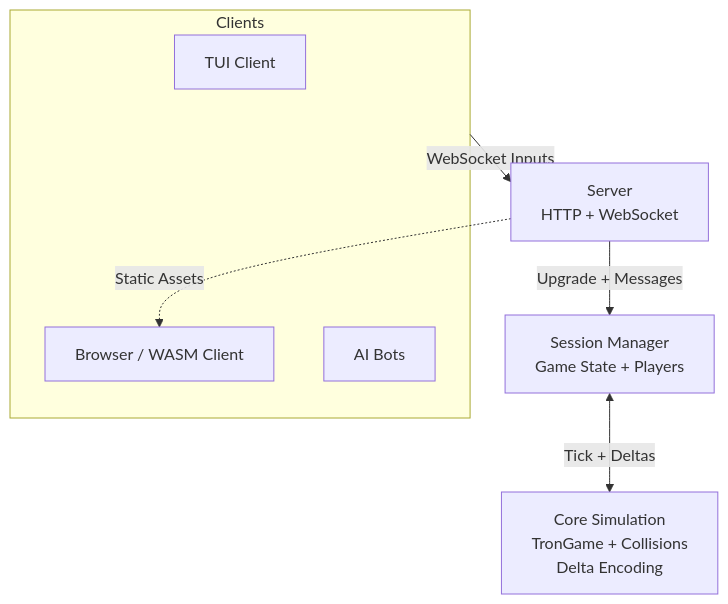
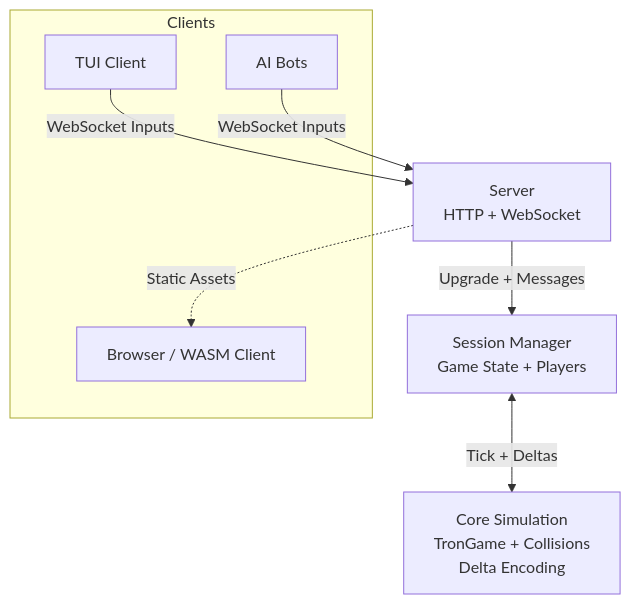
Before and after one commit to ree-see/snake: the diagram in README.md, drawn with Mermaid. The commit also changed other lines of this file, not shown here.

````diff
--- a/README.md
+++ b/README.md
@@ -46,17 +38,18 @@
 ```mermaid
 flowchart TD
     subgraph Clients
         TUI[TUI Client]
         Browser[Browser / WASM Client]
         Bot[AI Bots]
     end
 
-    Server[Server\nHTTP + WebSocket]
-    Session[Session Manager\nGame State + Players]
-    Core[Core Simulation\nTronGame + Collisions\nDelta Encoding]
+    Server[Server<br/>HTTP + WebSocket]
+    Session[Session Manager<br/>Game State + Players]
+    Core[Core Simulation<br/>TronGame + Collisions<br/>Delta Encoding]
 
-    Clients -->|WebSocket Inputs| Server
+    TUI -->|WebSocket Inputs| Server
+    Bot -->|WebSocket Inputs| Server
     Server -->|Upgrade + Messages| Session
     Session <-->|Tick + Deltas| Core
     Server -.->|Static Assets| Browser
 ```
````
